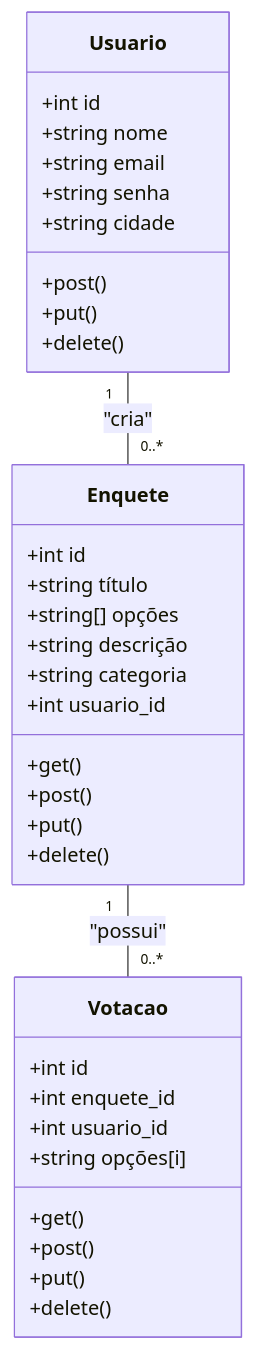
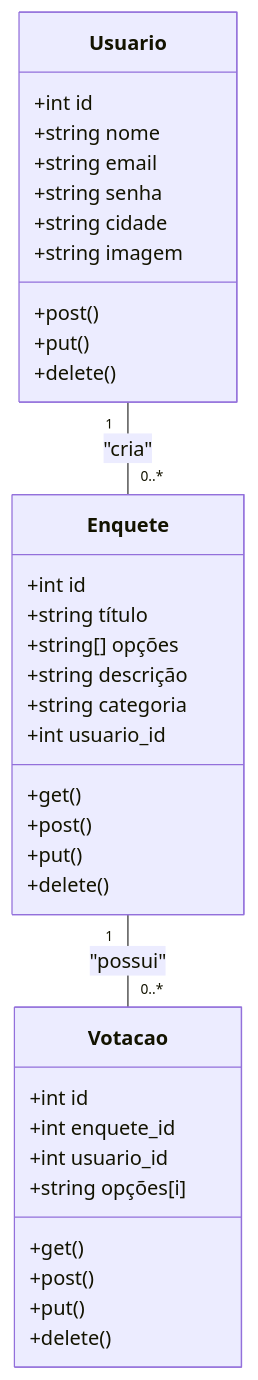
The second of 4 diagrams in README.md (epicestudar/Votefy), drawn with Mermaid before and after one commit.

````diff
--- a/README.md
+++ b/README.md
@@ -119,41 +119,42 @@
 ```mermaid
 classDiagram
     class Usuario {
         +int id
         +string nome
         +string email
         +string senha
         +string cidade
+        +string imagem
         +post()
         +put()
         +delete()
     }
 
     class Enquete {
         +int id
         +string título
         +string[] opções
         +string descrição
         +string categoria
         +int usuario_id
         +get()
         +post()
         +put()
         +delete()
     }
 
     class Votacao {
         +int id
         +int enquete_id
         +int usuario_id
         +string opções[i]
         +get()
         +post()
         +put()
         +delete()
     }
 
     Usuario "1" -- "0..*" Enquete : "cria"
     Enquete "1" -- "0..*" Votacao : "possui"
 
 ```
````
